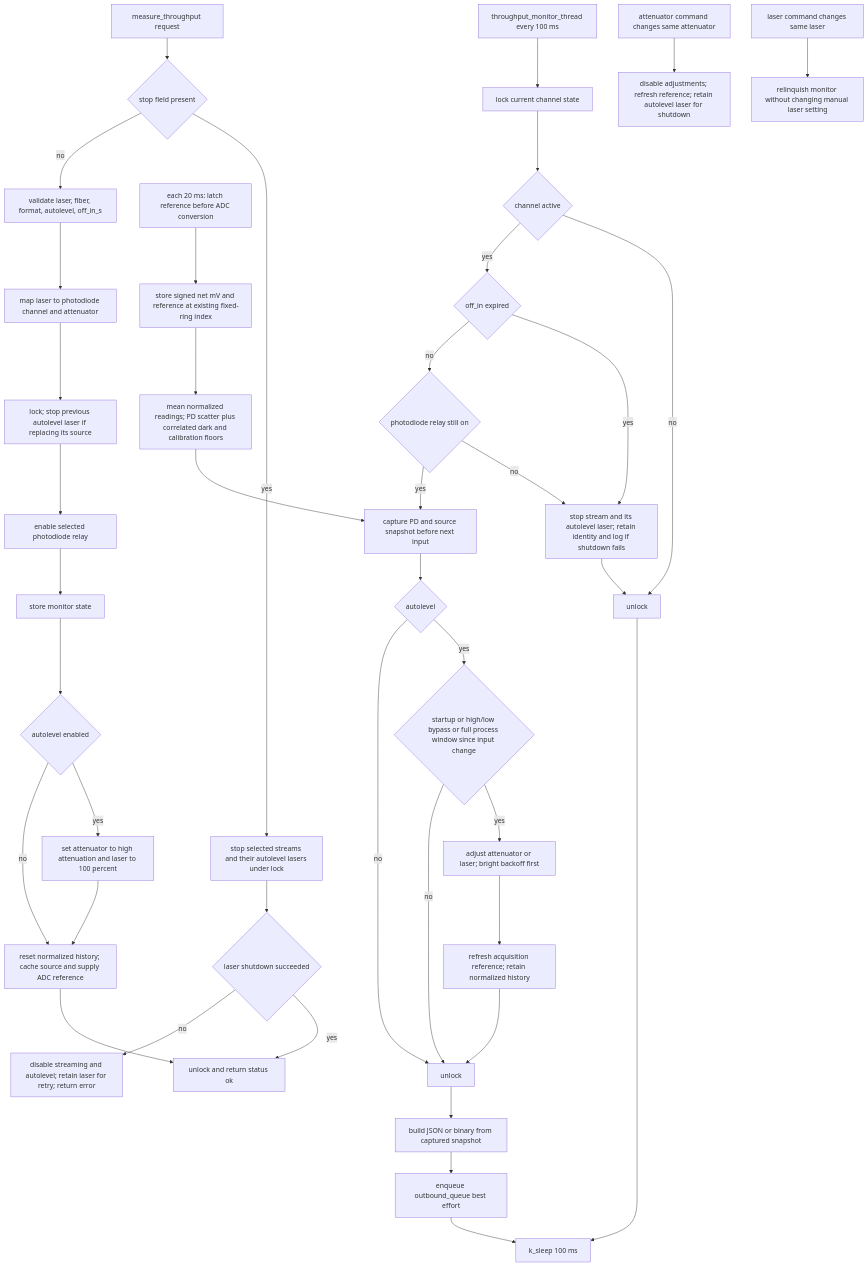
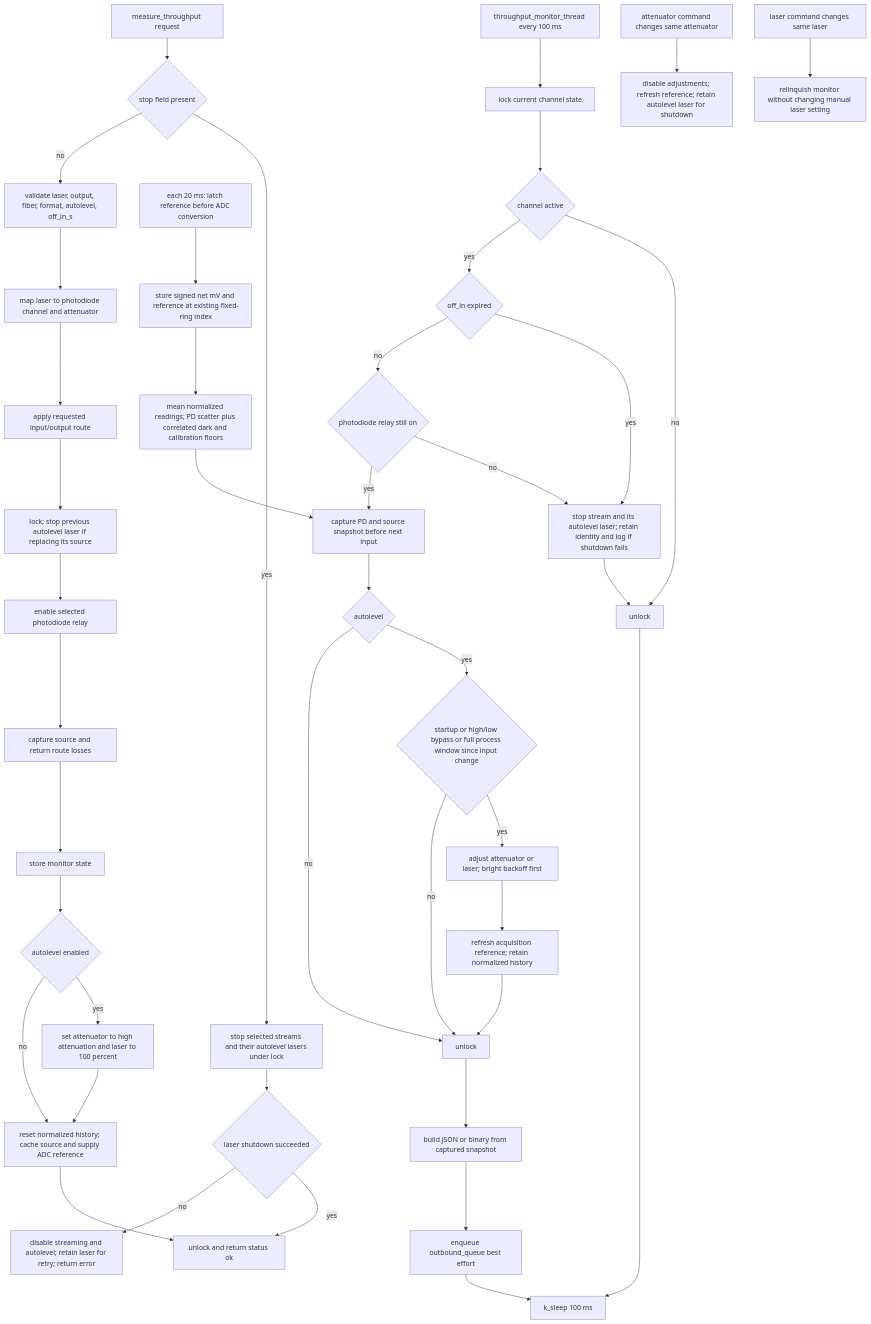
Diagram 11 of 24 in doc/diagrams.md (COO-Utilities/hispec-tib), drawn with Mermaid before and after one commit. The commit also changed other lines of this file and 24 other files, not shown here.

````diff
--- a/doc/diagrams.md
+++ b/doc/diagrams.md
@@ -235,45 +235,47 @@
 ```mermaid
 flowchart TD
   Command[measure_throughput request] --> Stop{stop field present}
   Stop -- yes --> StopReq[stop selected streams and their autolevel lasers under lock]
-  Stop -- no --> Validate[validate laser, fiber, format, autolevel, off_in_s]
+  Stop -- no --> Validate[validate laser, output, fiber, format, autolevel, off_in_s]
   Validate --> Map[map laser to photodiode channel and attenuator]
-  Map --> StartLock[lock; stop previous autolevel laser if replacing its source]
+  Map --> Route[apply requested input/output route]
+  Route --> StartLock[lock; stop previous autolevel laser if replacing its source]
   StartLock --> PdPower[enable selected photodiode relay]
-  PdPower --> Arm[store monitor state]
+  PdPower --> Loss[capture source and return route losses]
+  Loss --> Arm[store monitor state]
   Arm --> AutoStart{autolevel enabled}
   AutoStart -- yes --> Seed[set attenuator to high attenuation and laser to 100 percent]
   AutoStart -- no --> Ref[reset normalized history; cache source and supply ADC reference]
   Seed --> Ref
   Ref --> Ok[unlock and return status ok]
   ADC[each 20 ms: latch reference before ADC conversion] --> Ring[store signed net mV and reference at existing fixed-ring index]
   Ring --> Average[mean normalized readings; PD scatter plus correlated dark and calibration floors]
   StopReq --> Stopped{laser shutdown succeeded}
   Stopped -- yes --> Ok
   Stopped -- no --> StopError[disable streaming and autolevel; retain laser for retry; return error]
 
   Thread[throughput_monitor_thread every 100 ms] --> Lock[lock current channel state]
   Lock --> Active{channel active}
   Active -- no --> Unlock[unlock]
   Active -- yes --> Timeout{off_in expired}
   Timeout -- yes --> Clear[stop stream and its autolevel laser; retain identity and log if shutdown fails]
   Timeout -- no --> PdOn{photodiode relay still on}
   PdOn -- no --> Clear
   PdOn -- yes --> Capture[capture PD and source snapshot before next input]
   Average --> Capture
   Capture --> Auto{autolevel}
   Auto -- yes --> Gate{startup or high/low bypass or full process window since input change}
   Gate -- yes --> Adjust[adjust attenuator or laser; bright backoff first]
   Gate -- no --> Sync
   Auto -- no --> Sync
   Adjust --> Update[refresh acquisition reference; retain normalized history]
   Update --> Sync[unlock]
   Sync --> Publish[build JSON or binary from captured snapshot]
   Publish --> OutQ[enqueue outbound_queue best effort]
   OutQ --> Sleep[k_sleep 100 ms]
   Clear --> Unlock
   Unlock --> Sleep
 
   AttenChange[attenuator command changes same attenuator] --> DisableAuto[disable adjustments; refresh reference; retain autolevel laser for shutdown]
   LaserChange[laser command changes same laser] --> StopMonitor[relinquish monitor without changing manual laser setting]
 ```
````
